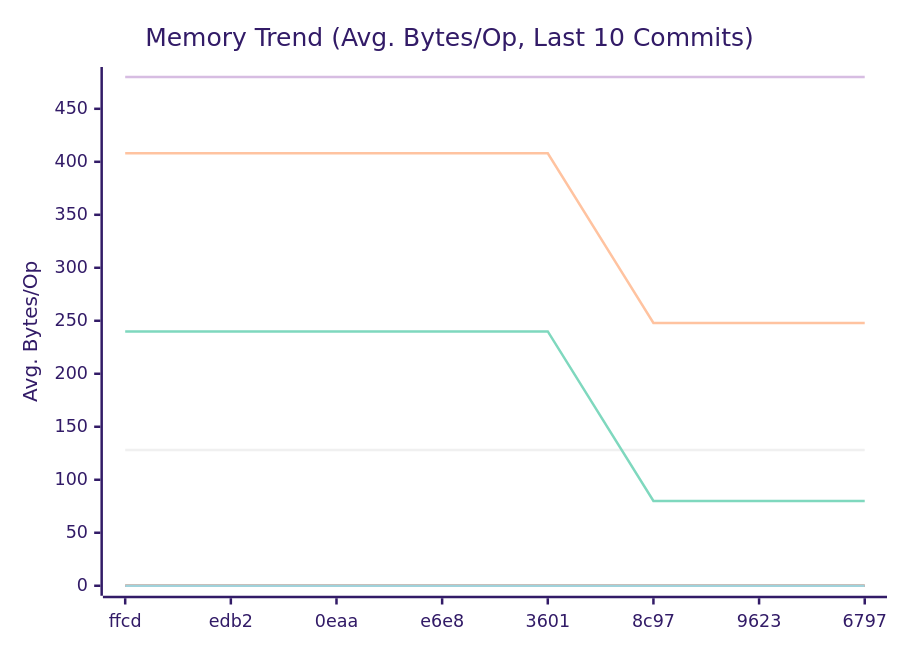
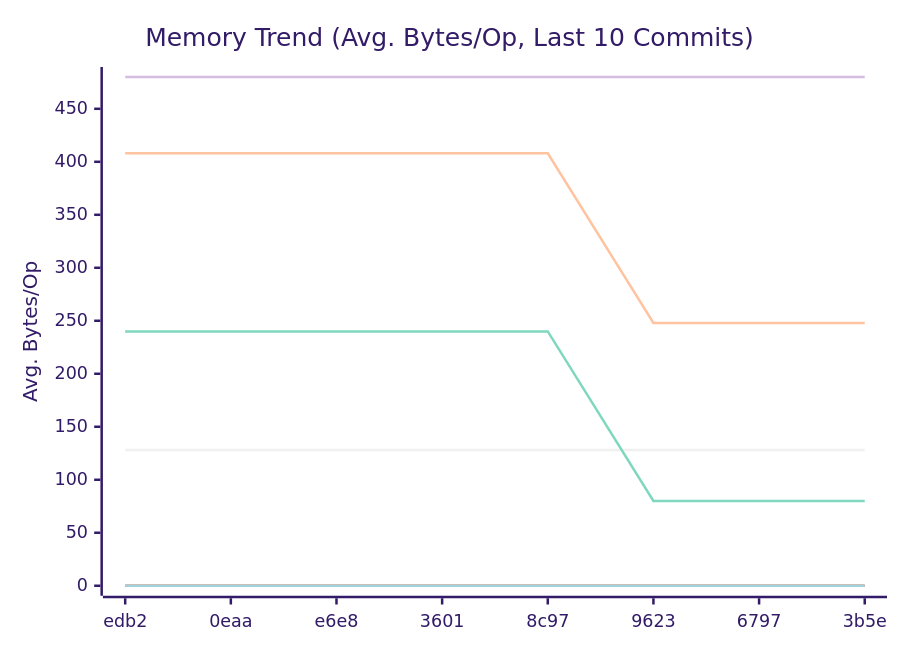
The second of 3 diagrams in docs/README.md (alsotoes/momo), drawn with Mermaid (forest theme) before and after one commit. The commit also changed other lines of this file and 1 other file, not shown here.

````diff
--- a/docs/README.md
+++ b/docs/README.md
@@ -318,14 +318,14 @@
 ```mermaid
 xychart-beta
     title "Memory Trend (Avg. Bytes/Op, Last 10 Commits)"
     x-axis "Commit"
     y-axis "Avg. Bytes/Op"
-    x-axis [ffcd,edb2,0eaa,e6e8,3601,8c97,9623,6797]
+    x-axis [edb2,0eaa,e6e8,3601,8c97,9623,6797,3b5e]
     line "CheckMetricsAndSwap" [0,0,0,0,0,0,0,0,0,0]
     line "IndexDirectTracking" [0,0,0,0,0,0,0,0,0,0]
     line "IndexSearch" [0,0,0,0,0,0,0,0,0,0]
     line "LoadGlobalConfig" [480,480,480,480,480,480,480,480,480,480]
     line "PadString" [128,128,128,128,128,128,128,128,128,128]
     line "ParseReplicationOrder_NoPrealloc" [408,408,408,408,408,248,248,248,248,248]
     line "ParseReplicationOrder_Prealloc" [240,240,240,240,240,80,80,80,80,80]
 ```
````
